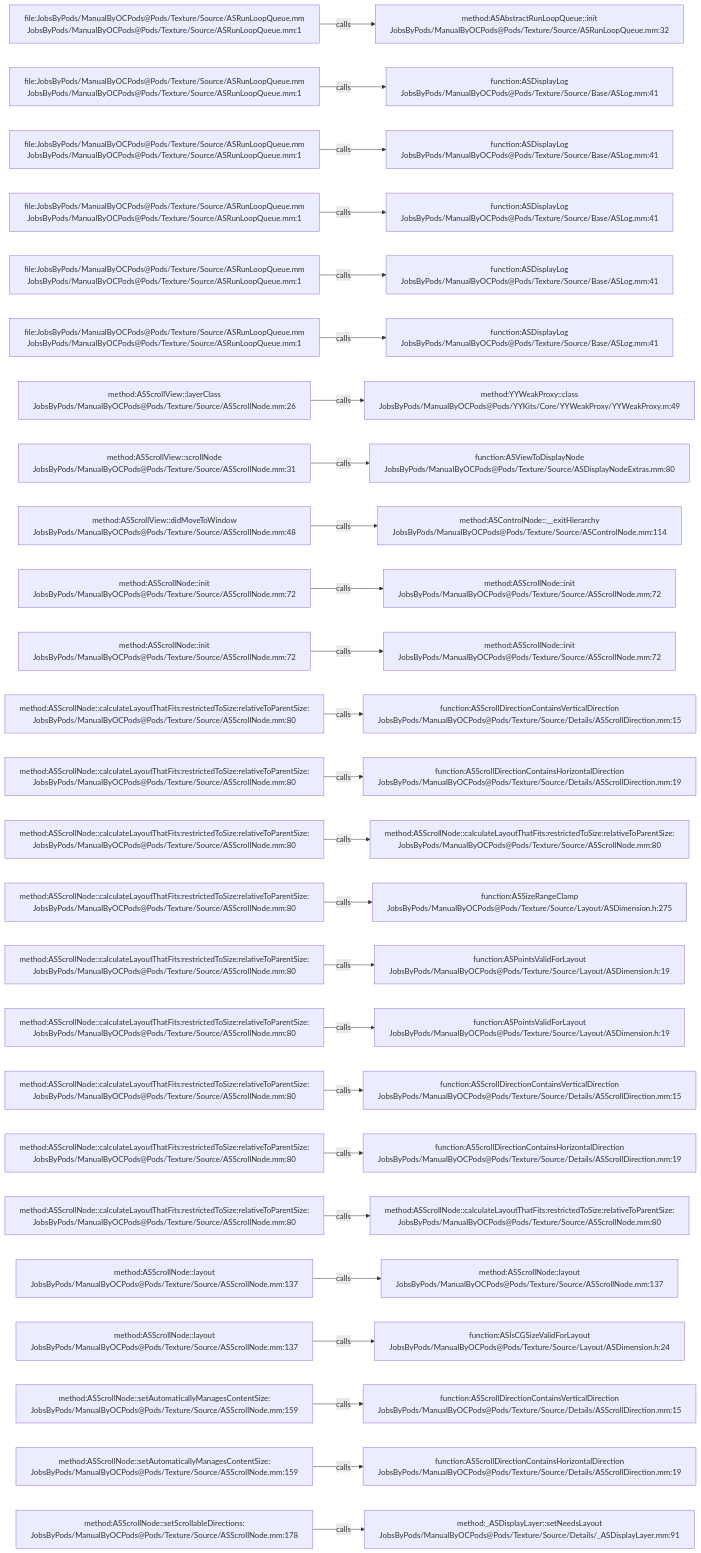
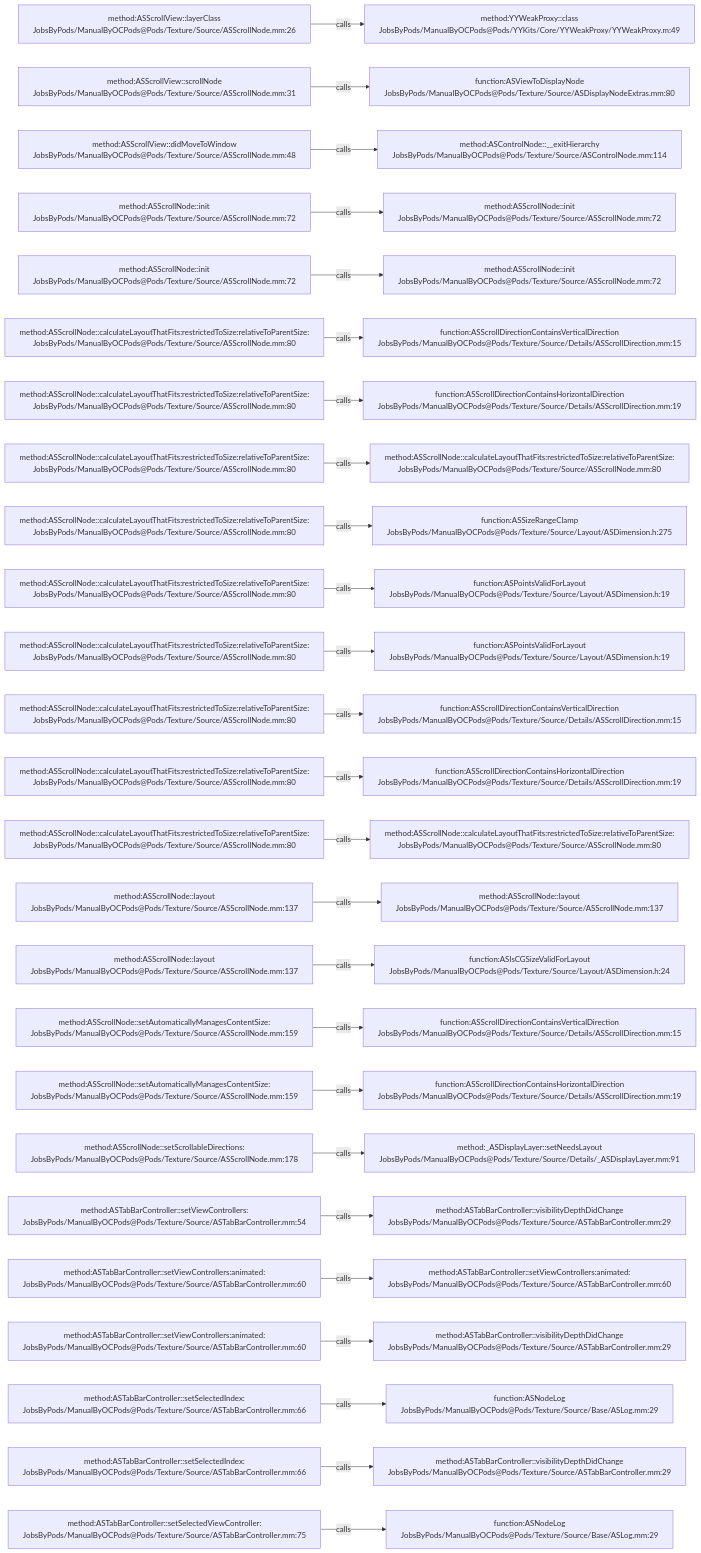
The diagram in .codegraph/codegraph.md/graphs/calls-113.md (JobsKits/JobsOCBaseConfigDemo), drawn with Mermaid before and after one commit. The commit also changed 666 other files, not shown here.

````diff
--- a/.codegraph/codegraph.md/graphs/calls-113.md
+++ b/.codegraph/codegraph.md/graphs/calls-113.md
@@ -13,78 +13,78 @@
 ```mermaid
 flowchart LR
-  S1["file:JobsByPods/ManualByOCPods@Pods/Texture/Source/ASRunLoopQueue.mm<br/>JobsByPods/ManualByOCPods@Pods/Texture/Source/ASRunLoopQueue.mm:1"]
-  T1["method:ASAbstractRunLoopQueue::init<br/>JobsByPods/ManualByOCPods@Pods/Texture/Source/ASRunLoopQueue.mm:32"]
+  S1["method:ASScrollView::layerClass<br/>JobsByPods/ManualByOCPods@Pods/Texture/Source/ASScrollNode.mm:26"]
+  T1["method:YYWeakProxy::class<br/>JobsByPods/ManualByOCPods@Pods/YYKits/Core/YYWeakProxy/YYWeakProxy.m:49"]
   S1 -->|calls| T1
-  S2["file:JobsByPods/ManualByOCPods@Pods/Texture/Source/ASRunLoopQueue.mm<br/>JobsByPods/ManualByOCPods@Pods/Texture/Source/ASRunLoopQueue.mm:1"]
-  T2["function:ASDisplayLog<br/>JobsByPods/ManualByOCPods@Pods/Texture/Source/Base/ASLog.mm:41"]
+  S2["method:ASScrollView::scrollNode<br/>JobsByPods/ManualByOCPods@Pods/Texture/Source/ASScrollNode.mm:31"]
+  T2["function:ASViewToDisplayNode<br/>JobsByPods/ManualByOCPods@Pods/Texture/Source/ASDisplayNodeExtras.mm:80"]
   S2 -->|calls| T2
-  S3["file:JobsByPods/ManualByOCPods@Pods/Texture/Source/ASRunLoopQueue.mm<br/>JobsByPods/ManualByOCPods@Pods/Texture/Source/ASRunLoopQueue.mm:1"]
-  T3["function:ASDisplayLog<br/>JobsByPods/ManualByOCPods@Pods/Texture/Source/Base/ASLog.mm:41"]
+  S3["method:ASScrollView::didMoveToWindow<br/>JobsByPods/ManualByOCPods@Pods/Texture/Source/ASScrollNode.mm:48"]
+  T3["method:ASControlNode::__exitHierarchy<br/>JobsByPods/ManualByOCPods@Pods/Texture/Source/ASControlNode.mm:114"]
   S3 -->|calls| T3
-  S4["file:JobsByPods/ManualByOCPods@Pods/Texture/Source/ASRunLoopQueue.mm<br/>JobsByPods/ManualByOCPods@Pods/Texture/Source/ASRunLoopQueue.mm:1"]
-  T4["function:ASDisplayLog<br/>JobsByPods/ManualByOCPods@Pods/Texture/Source/Base/ASLog.mm:41"]
+  S4["method:ASScrollNode::init<br/>JobsByPods/ManualByOCPods@Pods/Texture/Source/ASScrollNode.mm:72"]
+  T4["method:ASScrollNode::init<br/>JobsByPods/ManualByOCPods@Pods/Texture/Source/ASScrollNode.mm:72"]
   S4 -->|calls| T4
-  S5["file:JobsByPods/ManualByOCPods@Pods/Texture/Source/ASRunLoopQueue.mm<br/>JobsByPods/ManualByOCPods@Pods/Texture/Source/ASRunLoopQueue.mm:1"]
-  T5["function:ASDisplayLog<br/>JobsByPods/ManualByOCPods@Pods/Texture/Source/Base/ASLog.mm:41"]
+  S5["method:ASScrollNode::init<br/>JobsByPods/ManualByOCPods@Pods/Texture/Source/ASScrollNode.mm:72"]
+  T5["method:ASScrollNode::init<br/>JobsByPods/ManualByOCPods@Pods/Texture/Source/ASScrollNode.mm:72"]
   S5 -->|calls| T5
-  S6["file:JobsByPods/ManualByOCPods@Pods/Texture/Source/ASRunLoopQueue.mm<br/>JobsByPods/ManualByOCPods@Pods/Texture/Source/ASRunLoopQueue.mm:1"]
-  T6["function:ASDisplayLog<br/>JobsByPods/ManualByOCPods@Pods/Texture/Source/Base/ASLog.mm:41"]
+  S6["method:ASScrollNode::calculateLayoutThatFits:restrictedToSize:relativeToParentSize:<br/>JobsByPods/ManualByOCPods@Pods/Texture/Source/ASScrollNode.mm:80"]
+  T6["function:ASScrollDirectionContainsVerticalDirection<br/>JobsByPods/ManualByOCPods@Pods/Texture/Source/Details/ASScrollDirection.mm:15"]
   S6 -->|calls| T6
-  S7["method:ASScrollView::layerClass<br/>JobsByPods/ManualByOCPods@Pods/Texture/Source/ASScrollNode.mm:26"]
-  T7["method:YYWeakProxy::class<br/>JobsByPods/ManualByOCPods@Pods/YYKits/Core/YYWeakProxy/YYWeakProxy.m:49"]
+  S7["method:ASScrollNode::calculateLayoutThatFits:restrictedToSize:relativeToParentSize:<br/>JobsByPods/ManualByOCPods@Pods/Texture/Source/ASScrollNode.mm:80"]
+  T7["function:ASScrollDirectionContainsHorizontalDirection<br/>JobsByPods/ManualByOCPods@Pods/Texture/Source/Details/ASScrollDirection.mm:19"]
   S7 -->|calls| T7
-  S8["method:ASScrollView::scrollNode<br/>JobsByPods/ManualByOCPods@Pods/Texture/Source/ASScrollNode.mm:31"]
-  T8["function:ASViewToDisplayNode<br/>JobsByPods/ManualByOCPods@Pods/Texture/Source/ASDisplayNodeExtras.mm:80"]
+  S8["method:ASScrollNode::calculateLayoutThatFits:restrictedToSize:relativeToParentSize:<br/>JobsByPods/ManualByOCPods@Pods/Texture/Source/ASScrollNode.mm:80"]
+  T8["method:ASScrollNode::calculateLayoutThatFits:restrictedToSize:relativeToParentSize:<br/>JobsByPods/ManualByOCPods@Pods/Texture/Source/ASScrollNode.mm:80"]
   S8 -->|calls| T8
-  S9["method:ASScrollView::didMoveToWindow<br/>JobsByPods/ManualByOCPods@Pods/Texture/Source/ASScrollNode.mm:48"]
-  T9["method:ASControlNode::__exitHierarchy<br/>JobsByPods/ManualByOCPods@Pods/Texture/Source/ASControlNode.mm:114"]
+  S9["method:ASScrollNode::calculateLayoutThatFits:restrictedToSize:relativeToParentSize:<br/>JobsByPods/ManualByOCPods@Pods/Texture/Source/ASScrollNode.mm:80"]
+  T9["function:ASSizeRangeClamp<br/>JobsByPods/ManualByOCPods@Pods/Texture/Source/Layout/ASDimension.h:275"]
   S9 -->|calls| T9
-  S10["method:ASScrollNode::init<br/>JobsByPods/ManualByOCPods@Pods/Texture/Source/ASScrollNode.mm:72"]
-  T10["method:ASScrollNode::init<br/>JobsByPods/ManualByOCPods@Pods/Texture/Source/ASScrollNode.mm:72"]
+  S10["method:ASScrollNode::calculateLayoutThatFits:restrictedToSize:relativeToParentSize:<br/>JobsByPods/ManualByOCPods@Pods/Texture/Source/ASScrollNode.mm:80"]
+  T10["function:ASPointsValidForLayout<br/>JobsByPods/ManualByOCPods@Pods/Texture/Source/Layout/ASDimension.h:19"]
   S10 -->|calls| T10
-  S11["method:ASScrollNode::init<br/>JobsByPods/ManualByOCPods@Pods/Texture/Source/ASScrollNode.mm:72"]
-  T11["method:ASScrollNode::init<br/>JobsByPods/ManualByOCPods@Pods/Texture/Source/ASScrollNode.mm:72"]
+  S11["method:ASScrollNode::calculateLayoutThatFits:restrictedToSize:relativeToParentSize:<br/>JobsByPods/ManualByOCPods@Pods/Texture/Source/ASScrollNode.mm:80"]
+  T11["function:ASPointsValidForLayout<br/>JobsByPods/ManualByOCPods@Pods/Texture/Source/Layout/ASDimension.h:19"]
   S11 -->|calls| T11
   S12["method:ASScrollNode::calculateLayoutThatFits:restrictedToSize:relativeToParentSize:<br/>JobsByPods/ManualByOCPods@Pods/Texture/Source/ASScrollNode.mm:80"]
   T12["function:ASScrollDirectionContainsVerticalDirection<br/>JobsByPods/ManualByOCPods@Pods/Texture/Source/Details/ASScrollDirection.mm:15"]
   S12 -->|calls| T12
   S13["method:ASScrollNode::calculateLayoutThatFits:restrictedToSize:relativeToParentSize:<br/>JobsByPods/ManualByOCPods@Pods/Texture/Source/ASScrollNode.mm:80"]
   T13["function:ASScrollDirectionContainsHorizontalDirection<br/>JobsByPods/ManualByOCPods@Pods/Texture/Source/Details/ASScrollDirection.mm:19"]
   S13 -->|calls| T13
   S14["method:ASScrollNode::calculateLayoutThatFits:restrictedToSize:relativeToParentSize:<br/>JobsByPods/ManualByOCPods@Pods/Texture/Source/ASScrollNode.mm:80"]
   T14["method:ASScrollNode::calculateLayoutThatFits:restrictedToSize:relativeToParentSize:<br/>JobsByPods/ManualByOCPods@Pods/Texture/Source/ASScrollNode.mm:80"]
   S14 -->|calls| T14
-  S15["method:ASScrollNode::calculateLayoutThatFits:restrictedToSize:relativeToParentSize:<br/>JobsByPods/ManualByOCPods@Pods/Texture/Source/ASScrollNode.mm:80"]
-  T15["function:ASSizeRangeClamp<br/>JobsByPods/ManualByOCPods@Pods/Texture/Source/Layout/ASDimension.h:275"]
+  S15["method:ASScrollNode::layout<br/>JobsByPods/ManualByOCPods@Pods/Texture/Source/ASScrollNode.mm:137"]
+  T15["method:ASScrollNode::layout<br/>JobsByPods/ManualByOCPods@Pods/Texture/Source/ASScrollNode.mm:137"]
   S15 -->|calls| T15
-  S16["method:ASScrollNode::calculateLayoutThatFits:restrictedToSize:relativeToParentSize:<br/>JobsByPods/ManualByOCPods@Pods/Texture/Source/ASScrollNode.mm:80"]
-  T16["function:ASPointsValidForLayout<br/>JobsByPods/ManualByOCPods@Pods/Texture/Source/Layout/ASDimension.h:19"]
+  S16["method:ASScrollNode::layout<br/>JobsByPods/ManualByOCPods@Pods/Texture/Source/ASScrollNode.mm:137"]
+  T16["function:ASIsCGSizeValidForLayout<br/>JobsByPods/ManualByOCPods@Pods/Texture/Source/Layout/ASDimension.h:24"]
   S16 -->|calls| T16
-  S17["method:ASScrollNode::calculateLayoutThatFits:restrictedToSize:relativeToParentSize:<br/>JobsByPods/ManualByOCPods@Pods/Texture/Source/ASScrollNode.mm:80"]
-  T17["function:ASPointsValidForLayout<br/>JobsByPods/ManualByOCPods@Pods/Texture/Source/Layout/ASDimension.h:19"]
+  S17["method:ASScrollNode::setAutomaticallyManagesContentSize:<br/>JobsByPods/ManualByOCPods@Pods/Texture/Source/ASScrollNode.mm:159"]
+  T17["function:ASScrollDirectionContainsVerticalDirection<br/>JobsByPods/ManualByOCPods@Pods/Texture/Source/Details/ASScrollDirection.mm:15"]
   S17 -->|calls| T17
-  S18["method:ASScrollNode::calculateLayoutThatFits:restrictedToSize:relativeToParentSize:<br/>JobsByPods/ManualByOCPods@Pods/Texture/Source/ASScrollNode.mm:80"]
-  T18["function:ASScrollDirectionContainsVerticalDirection<br/>JobsByPods/ManualByOCPods@Pods/Texture/Source/Details/ASScrollDirection.mm:15"]
+  S18["method:ASScrollNode::setAutomaticallyManagesContentSize:<br/>JobsByPods/ManualByOCPods@Pods/Texture/Source/ASScrollNode.mm:159"]
+  T18["function:ASScrollDirectionContainsHorizontalDirection<br/>JobsByPods/ManualByOCPods@Pods/Texture/Source/Details/ASScrollDirection.mm:19"]
   S18 -->|calls| T18
-  S19["method:ASScrollNode::calculateLayoutThatFits:restrictedToSize:relativeToParentSize:<br/>JobsByPods/ManualByOCPods@Pods/Texture/Source/ASScrollNode.mm:80"]
-  T19["function:ASScrollDirectionContainsHorizontalDirection<br/>JobsByPods/ManualByOCPods@Pods/Texture/Source/Details/ASScrollDirection.mm:19"]
+  S19["method:ASScrollNode::setScrollableDirections:<br/>JobsByPods/ManualByOCPods@Pods/Texture/Source/ASScrollNode.mm:178"]
+  T19["method:_ASDisplayLayer::setNeedsLayout<br/>JobsByPods/ManualByOCPods@Pods/Texture/Source/Details/_ASDisplayLayer.mm:91"]
   S19 -->|calls| T19
-  S20["method:ASScrollNode::calculateLayoutThatFits:restrictedToSize:relativeToParentSize:<br/>JobsByPods/ManualByOCPods@Pods/Texture/Source/ASScrollNode.mm:80"]
-  T20["method:ASScrollNode::calculateLayoutThatFits:restrictedToSize:relativeToParentSize:<br/>JobsByPods/ManualByOCPods@Pods/Texture/Source/ASScrollNode.mm:80"]
+  S20["method:ASTabBarController::setViewControllers:<br/>JobsByPods/ManualByOCPods@Pods/Texture/Source/ASTabBarController.mm:54"]
+  T20["method:ASTabBarController::visibilityDepthDidChange<br/>JobsByPods/ManualByOCPods@Pods/Texture/Source/ASTabBarController.mm:29"]
   S20 -->|calls| T20
-  S21["method:ASScrollNode::layout<br/>JobsByPods/ManualByOCPods@Pods/Texture/Source/ASScrollNode.mm:137"]
-  T21["method:ASScrollNode::layout<br/>JobsByPods/ManualByOCPods@Pods/Texture/Source/ASScrollNode.mm:137"]
+  S21["method:ASTabBarController::setViewControllers:animated:<br/>JobsByPods/ManualByOCPods@Pods/Texture/Source/ASTabBarController.mm:60"]
+  T21["method:ASTabBarController::setViewControllers:animated:<br/>JobsByPods/ManualByOCPods@Pods/Texture/Source/ASTabBarController.mm:60"]
   S21 -->|calls| T21
-  S22["method:ASScrollNode::layout<br/>JobsByPods/ManualByOCPods@Pods/Texture/Source/ASScrollNode.mm:137"]
-  T22["function:ASIsCGSizeValidForLayout<br/>JobsByPods/ManualByOCPods@Pods/Texture/Source/Layout/ASDimension.h:24"]
+  S22["method:ASTabBarController::setViewControllers:animated:<br/>JobsByPods/ManualByOCPods@Pods/Texture/Source/ASTabBarController.mm:60"]
+  T22["method:ASTabBarController::visibilityDepthDidChange<br/>JobsByPods/ManualByOCPods@Pods/Texture/Source/ASTabBarController.mm:29"]
   S22 -->|calls| T22
-  S23["method:ASScrollNode::setAutomaticallyManagesContentSize:<br/>JobsByPods/ManualByOCPods@Pods/Texture/Source/ASScrollNode.mm:159"]
-  T23["function:ASScrollDirectionContainsVerticalDirection<br/>JobsByPods/ManualByOCPods@Pods/Texture/Source/Details/ASScrollDirection.mm:15"]
+  S23["method:ASTabBarController::setSelectedIndex:<br/>JobsByPods/ManualByOCPods@Pods/Texture/Source/ASTabBarController.mm:66"]
+  T23["function:ASNodeLog<br/>JobsByPods/ManualByOCPods@Pods/Texture/Source/Base/ASLog.mm:29"]
   S23 -->|calls| T23
-  S24["method:ASScrollNode::setAutomaticallyManagesContentSize:<br/>JobsByPods/ManualByOCPods@Pods/Texture/Source/ASScrollNode.mm:159"]
-  T24["function:ASScrollDirectionContainsHorizontalDirection<br/>JobsByPods/ManualByOCPods@Pods/Texture/Source/Details/ASScrollDirection.mm:19"]
+  S24["method:ASTabBarController::setSelectedIndex:<br/>JobsByPods/ManualByOCPods@Pods/Texture/Source/ASTabBarController.mm:66"]
+  T24["method:ASTabBarController::visibilityDepthDidChange<br/>JobsByPods/ManualByOCPods@Pods/Texture/Source/ASTabBarController.mm:29"]
   S24 -->|calls| T24
-  S25["method:ASScrollNode::setScrollableDirections:<br/>JobsByPods/ManualByOCPods@Pods/Texture/Source/ASScrollNode.mm:178"]
-  T25["method:_ASDisplayLayer::setNeedsLayout<br/>JobsByPods/ManualByOCPods@Pods/Texture/Source/Details/_ASDisplayLayer.mm:91"]
+  S25["method:ASTabBarController::setSelectedViewController:<br/>JobsByPods/ManualByOCPods@Pods/Texture/Source/ASTabBarController.mm:75"]
+  T25["function:ASNodeLog<br/>JobsByPods/ManualByOCPods@Pods/Texture/Source/Base/ASLog.mm:29"]
   S25 -->|calls| T25
 ```
````
